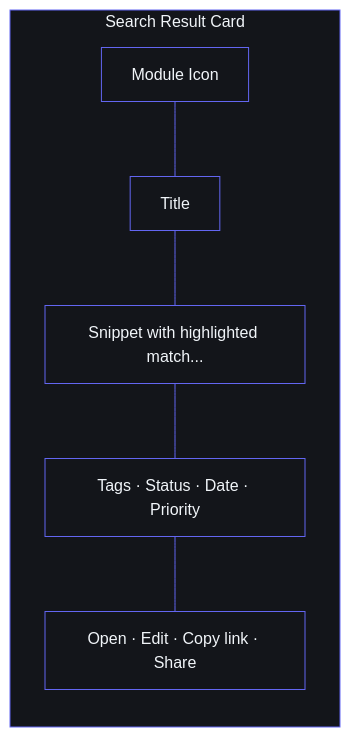
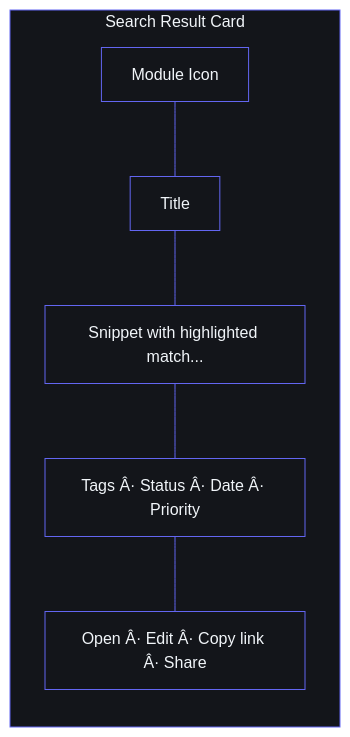
One commit to rohitkumarnaidu/ARIA-OS---SecondBrain- changed diagram 13 of 35 in docs/design/InformationArchitecture.md. Above: the diagram before and after it, drawn with Mermaid. The commit also changed other lines of this file and 9 other files, not shown here.

````diff
--- a/docs/design/InformationArchitecture.md
+++ b/docs/design/InformationArchitecture.md
@@ -1083,11 +1083,11 @@
 ```mermaid
 %%{init: {'theme': 'base', 'themeVariables': {'background': '#0A0B0F', 'primaryColor': '#13151A', 'primaryBorderColor': '#6366F1', 'primaryTextColor': '#F1F5F9', 'lineColor': '#6366F1', 'secondaryColor': '#1A1D24', 'tertiaryColor': '#0A0B0F', 'fontFamily': 'DM Sans'}}}%%
 graph LR
     subgraph ResultCard[Search Result Card]
         Icon[Module Icon] --- Title[Title]
         Title --- Snippet[Snippet with highlighted match...]
-        Snippet --- Meta[Tags · Status · Date · Priority]
-        Meta --- Actions[Open · Edit · Copy link · Share]
+        Snippet --- Meta[Tags Â· Status Â· Date Â· Priority]
+        Meta --- Actions[Open Â· Edit Â· Copy link Â· Share]
     end
     style ResultCard fill:#13151A,stroke:#6366F1,color:#F1F5F9
 ```
````
